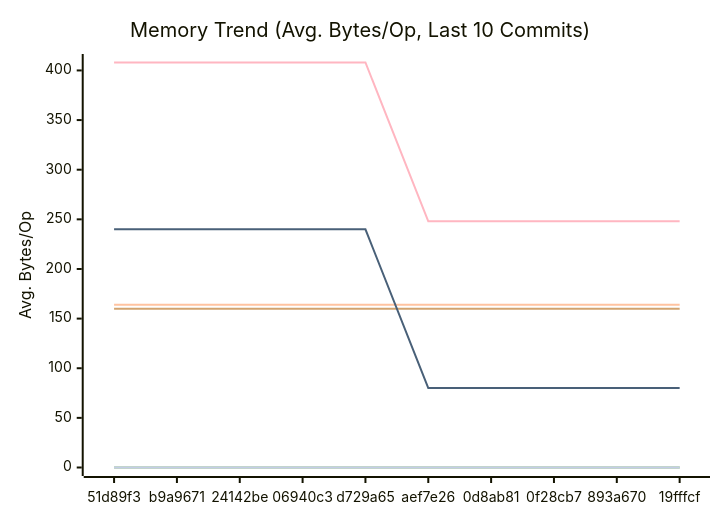
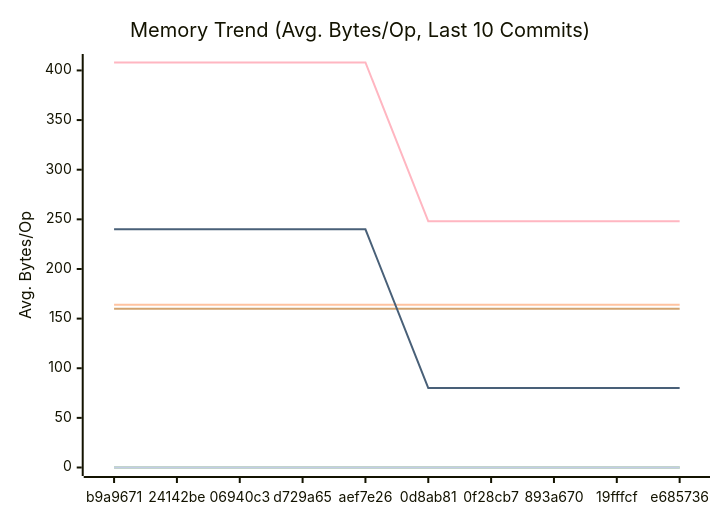
Before and after one commit to alsotoes/momo: the second of 3 diagrams in docs/PERFORMANCE.md, drawn with Mermaid. The commit also changed other lines of this file and 2 other files, not shown here.

````diff
--- a/docs/PERFORMANCE.md
+++ b/docs/PERFORMANCE.md
@@ -97,16 +97,16 @@
 ```mermaid
 xychart-beta
     title "Memory Trend (Avg. Bytes/Op, Last 10 Commits)"
     x-axis "Commit"
     y-axis "Avg. Bytes/Op"
-    x-axis [51d89f3,b9a9671,24142be,06940c3,d729a65,aef7e26,0d8ab81,0f28cb7,893a670,19fffcf]
+    x-axis [b9a9671,24142be,06940c3,d729a65,aef7e26,0d8ab81,0f28cb7,893a670,19fffcf,e685736]
     line "CheckMetricsAndSwap" [0,0,0,0,0,0,0,0,0,0]
     line "CrushOptimized" [0,0,0,0,0,0,0,0,0,0]
     line "CrushOriginal" [164,164,164,164,164,164,164,164,164,164]
     line "IndexDirectTracking" [0,0,0,0,0,0,0,0,0,0]
     line "IndexSearch" [0,0,0,0,0,0,0,0,0,0]
     line "LoadGlobalConfig" [160,160,160,160,160,160,160,160,160,160]
     line "PadString" [0,0,0,0,0,0,0,0,0,0]
     line "ParseReplicationOrder_NoPrealloc" [408,408,408,408,408,248,248,248,248,248]
     line "ParseReplicationOrder_Prealloc" [240,240,240,240,240,80,80,80,80,80]
 ```
````
